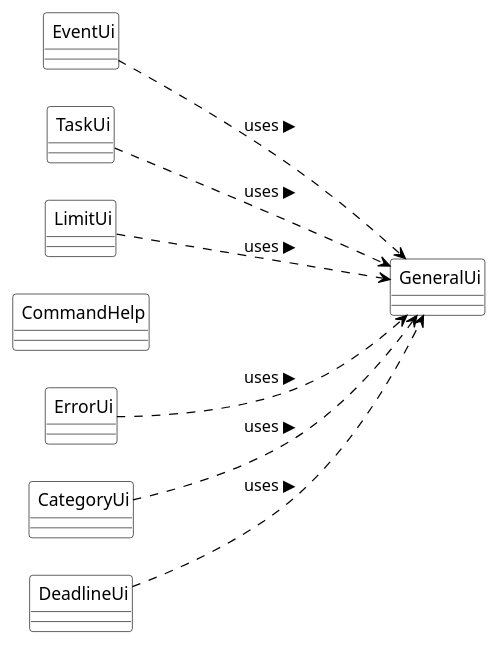
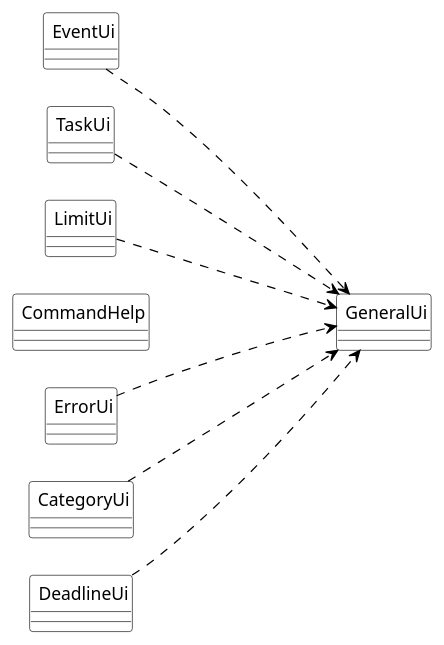
One commit to marken9/tp changed the diagram in docs/puml/UIClassDiagram.puml. Above: the diagram before and after it, drawn with PlantUML. The commit also changed 4 other files, not shown here.

Commit message:
Edits to UML diagrams

```diff
--- a/docs/puml/UIClassDiagram.puml
+++ b/docs/puml/UIClassDiagram.puml
@@ -1,40 +1,40 @@
 @startuml UI
 
 left to right direction
 skinparam nodesep 30
 skinparam ranksep 150
 skinparam classAttributeIconSize 0
 skinparam CircledCharacterFontSize 0
 skinparam CircledCharacterRadius 0
 skinparam class {
     BackgroundColor White
     BorderColor Black
     ArrowColor Black
 }
 
 together {
     class ErrorUi
     class CategoryUi
     class DeadlineUi
 }
 
 
 together {
     class EventUi
     class TaskUi
     class LimitUi
     class CommandHelp
 }
 
 class GeneralUi
 ErrorUi -[hidden]- GeneralUi
 GeneralUi -[hidden]- EventUi
 
-ErrorUi     ..> GeneralUi : uses ▶
-CategoryUi  ..> GeneralUi : uses ▶
-DeadlineUi  ..> GeneralUi : uses ▶
-EventUi     ..> GeneralUi : uses ▶
-TaskUi      ..> GeneralUi : uses ▶
-LimitUi     ..> GeneralUi : uses ▶
+ErrorUi     ..> GeneralUi
+CategoryUi  ..> GeneralUi
+DeadlineUi  ..> GeneralUi
+EventUi     ..> GeneralUi
+TaskUi      ..> GeneralUi
+LimitUi     ..> GeneralUi
 
 @enduml
```
